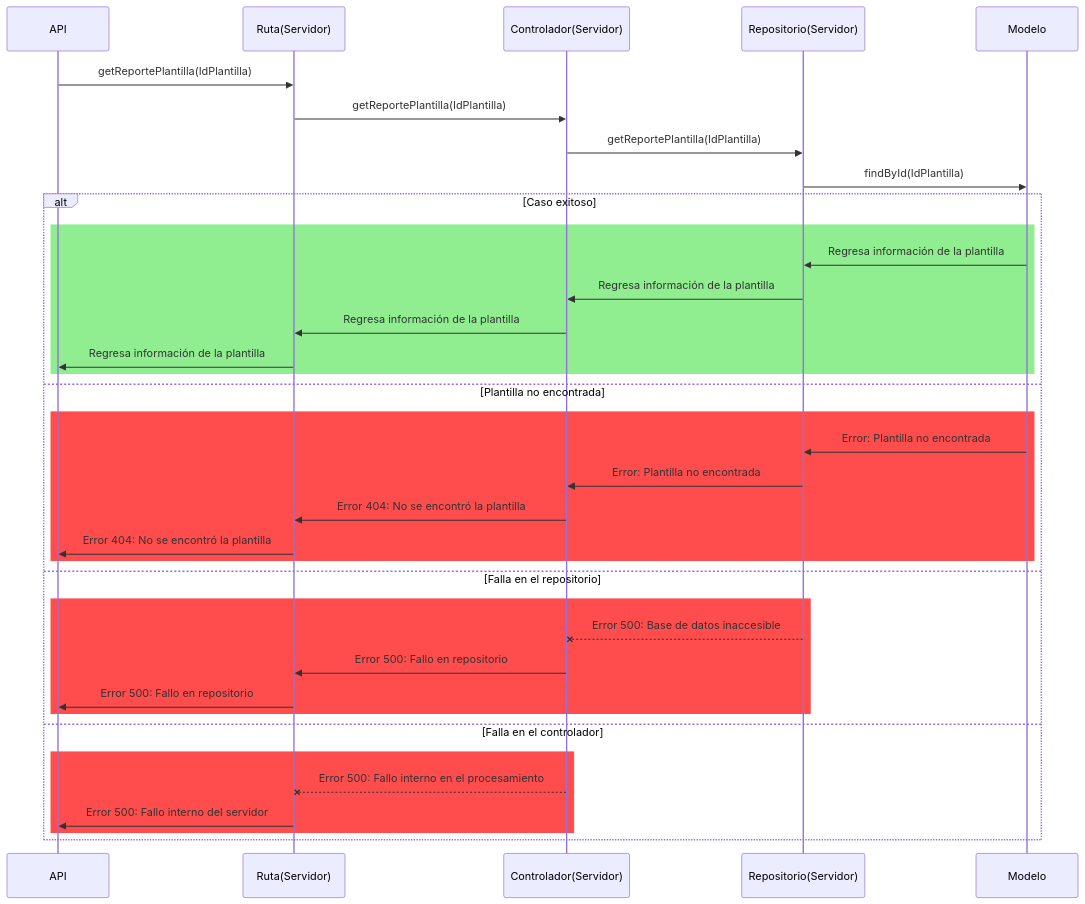
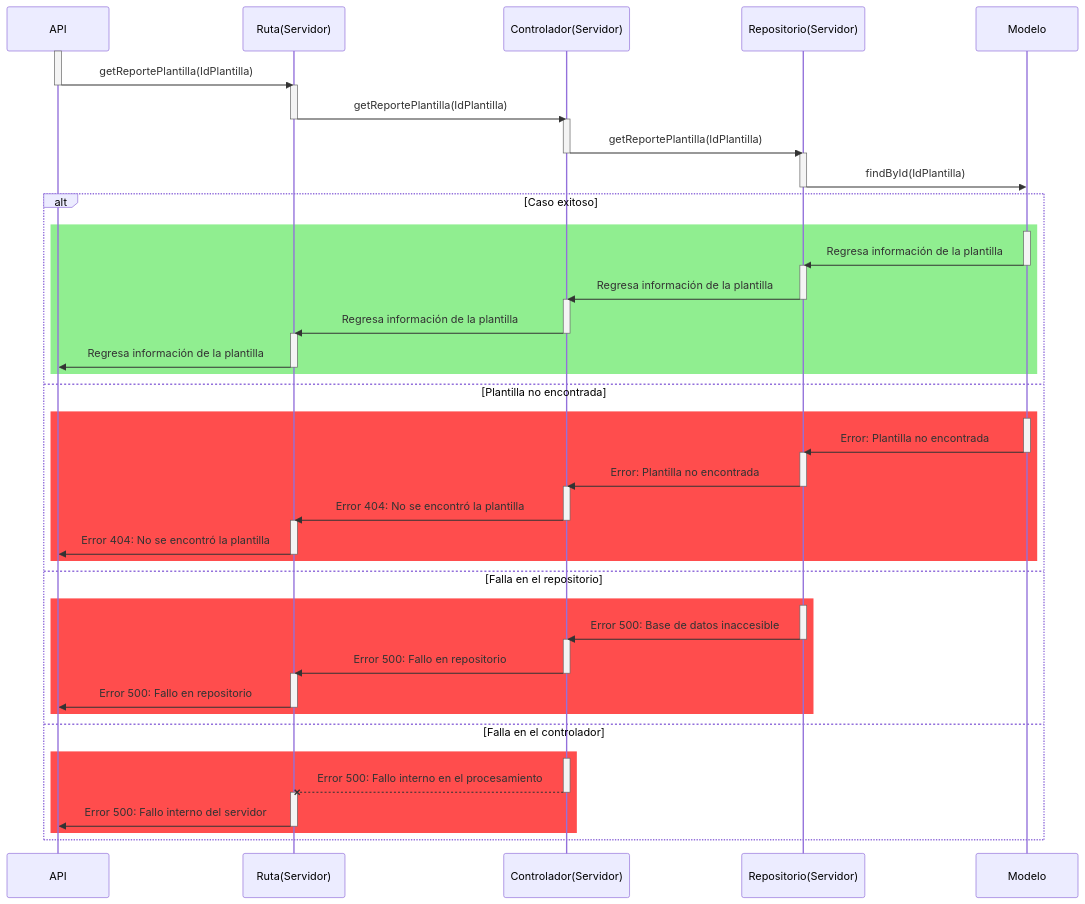
The second of 2 diagrams in documentation/docs/proyectos/tractores/documentacion/requisitos/RF24.md (CodeAnd-Co/Documentacion), drawn with Mermaid before and after one commit. The commit also changed other lines of this file, not shown here.

First line of the commit message:
Modificar el diagrama de secuencia

````diff
--- a/documentation/docs/proyectos/tractores/documentacion/requisitos/RF24.md
+++ b/documentation/docs/proyectos/tractores/documentacion/requisitos/RF24.md
@@ -83,35 +168,81 @@
     participant Repositorio as Repositorio(Servidor)
     participant Modelo
 
+    activate API
     API->>Ruta: getReportePlantilla(IdPlantilla)
+    deactivate API
+    
+    activate Ruta
     Ruta->>Controlador: getReportePlantilla(IdPlantilla)
+    deactivate Ruta
+    
+    activate Controlador
     Controlador->>Repositorio: getReportePlantilla(IdPlantilla)
+    deactivate Controlador
+    
+    activate Repositorio
     Repositorio->>Modelo: findById(IdPlantilla)
+    deactivate Repositorio
 
     alt Caso exitoso
         rect Lightgreen
+            activate Modelo
             Modelo ->> Repositorio: Regresa información de la plantilla
+            deactivate Modelo
+            
+            activate Repositorio
             Repositorio ->> Controlador: Regresa información de la plantilla
+            deactivate Repositorio
+            
+            activate Controlador
             Controlador ->> Ruta: Regresa información de la plantilla
+            deactivate Controlador
+            
+            activate Ruta
             Ruta ->> API: Regresa información de la plantilla
+            deactivate Ruta
         end
     else Plantilla no encontrada
         rect rgb(255, 77, 77)
+            activate Modelo
             Modelo ->> Repositorio: Error: Plantilla no encontrada
+            deactivate Modelo
+            
+            activate Repositorio
             Repositorio ->> Controlador: Error: Plantilla no encontrada
+            deactivate Repositorio
+            
+            activate Controlador
             Controlador ->> Ruta: Error 404: No se encontró la plantilla
+            deactivate Controlador
+            
+            activate Ruta
             Ruta ->> API: Error 404: No se encontró la plantilla
+            deactivate Ruta
         end
     else Falla en el repositorio
         rect rgb(255, 77, 77)
-            Repositorio --x Controlador: Error 500: Base de datos inaccesible
+            activate Repositorio
+            Repositorio ->> Controlador: Error 500: Base de datos inaccesible
+            deactivate Repositorio
+            
+            activate Controlador
             Controlador ->> Ruta: Error 500: Fallo en repositorio
+            deactivate Controlador
+            
+            activate Ruta
             Ruta ->> API: Error 500: Fallo en repositorio
+            deactivate Ruta
         end
     else Falla en el controlador
         rect rgb(255, 77, 77)
+            activate Controlador
             Controlador --x Ruta: Error 500: Fallo interno en el procesamiento
+            deactivate Controlador
+            
+            activate Ruta
             Ruta ->> API: Error 500: Fallo interno del servidor
+            deactivate Ruta
         end
     end
 ```
````
